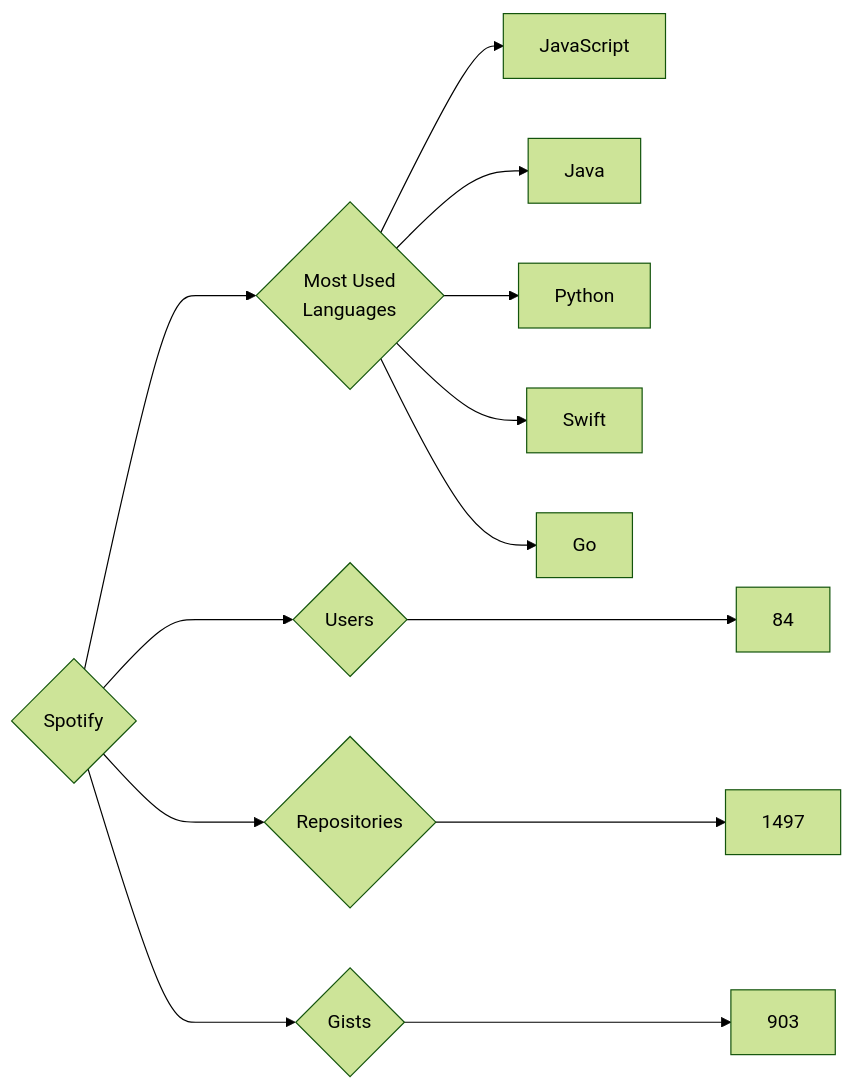
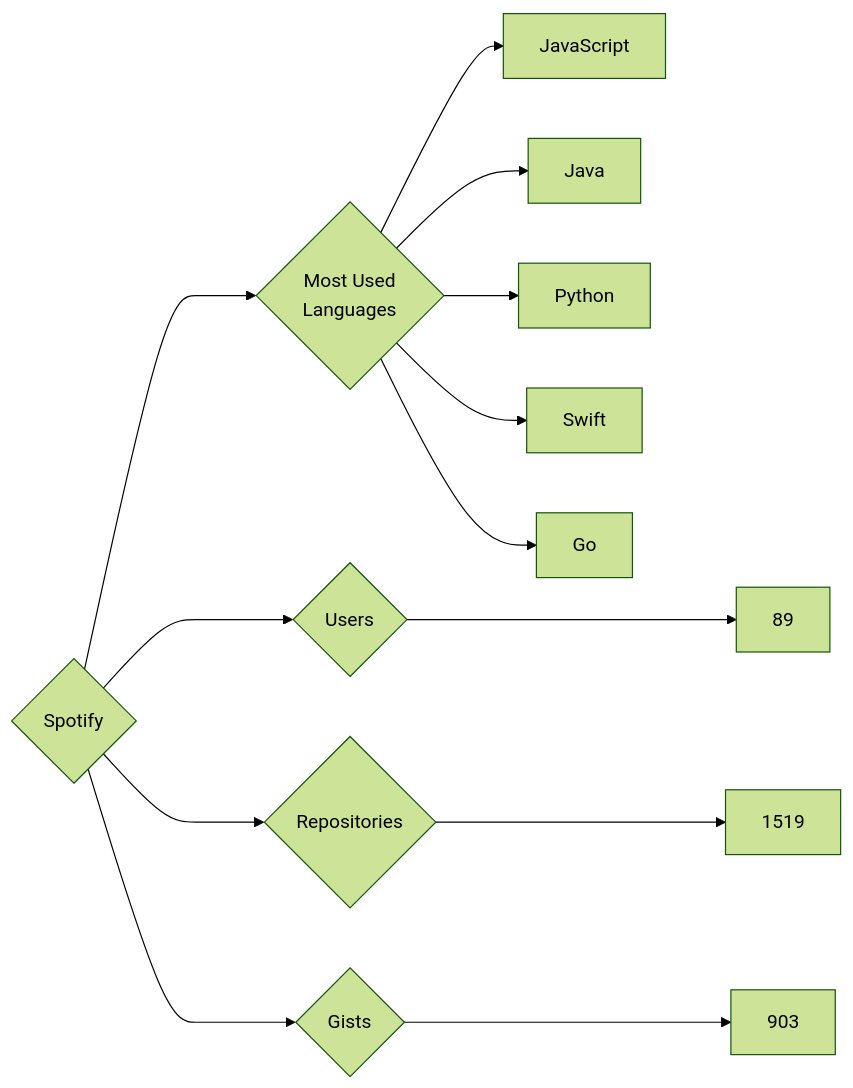
Before and after one commit to trickest/insiders: the diagram in targets/Spotify/README.md, drawn with Mermaid (forest theme). The commit also changed 970 other files, not shown here.

````diff
--- a/targets/Spotify/README.md
+++ b/targets/Spotify/README.md
@@ -3,13 +3,13 @@
 ```mermaid
 graph LR
 COMPANY_NAME{Spotify}
-COMPANY_NAME ---> U{Users} ---> UN[84]
-COMPANY_NAME ---> R{Repositories} ---> RN[1497]
+COMPANY_NAME ---> U{Users} ---> UN[89]
+COMPANY_NAME ---> R{Repositories} ---> RN[1519]
 COMPANY_NAME ---> G{Gists} ---> GN[903]
 COMPANY_NAME ---> ML{Most Used<br>Languages}
 ML --> JavaScript[JavaScript]
 ML --> Java[Java]
 ML --> Python[Python]
 ML --> Swift[Swift]
 ML --> Go[Go]
 ```
````
